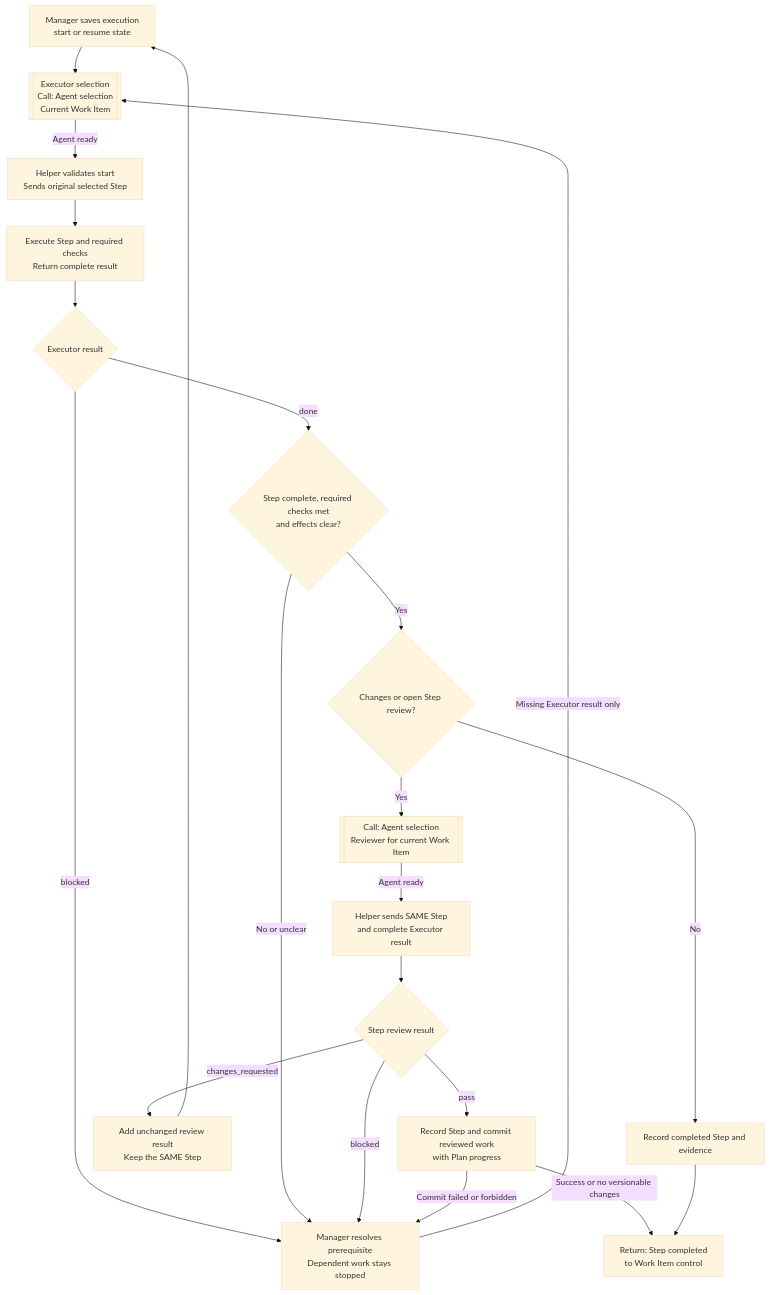
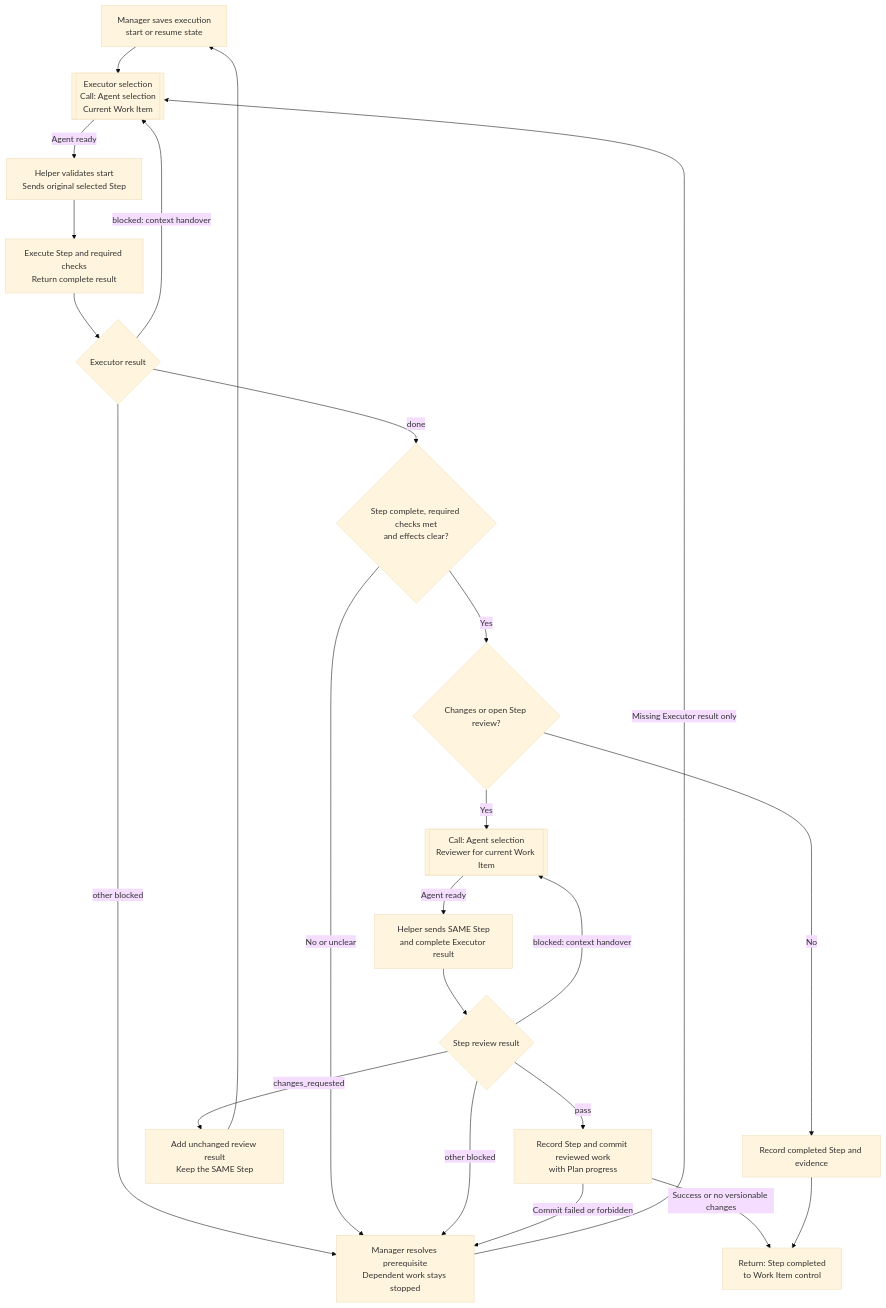
One commit to benjaminstelzer/scoville-suite-for-codex changed the second of 4 diagrams in README.md. Above: the diagram before and after it, drawn with Mermaid (base theme). The commit also changed other lines of this file and 23 other files, not shown here.

````diff
--- a/README.md
+++ b/README.md
@@ -77,23 +79,25 @@
 ```mermaid
 flowchart TD
     ST["Manager saves execution<br/>start or resume state"] --> E[["Executor selection<br/>Call: Agent selection<br/>Current Work Item"]]
     E -->|Agent ready| H["Helper validates start<br/>Sends original selected Step"]
     H --> W["Execute Step and required checks<br/>Return complete result"]
     W --> WR{"Executor result"}
-    WR -->|blocked| BP["Manager resolves prerequisite<br/>Dependent work stays stopped"]
+    WR -->|blocked: context handover| E
+    WR -->|other blocked| BP["Manager resolves prerequisite<br/>Dependent work stays stopped"]
     BP -->|Missing Executor result only| E
     WR -->|done| MC{"Step complete, required checks met<br/>and effects clear?"}
     MC -->|No or unclear| BP
     MC -->|Yes| CR{"Changes or open Step review?"}
     CR -->|No| SA["Record completed Step and evidence"]
     CR -->|Yes| R[["Call: Agent selection<br/>Reviewer for current Work Item"]]
     R -->|Agent ready| V["Helper sends SAME Step<br/>and complete Executor result"]
     V --> A{"Step review result"}
-    A -->|blocked| BP
+    A -->|blocked: context handover| R
+    A -->|other blocked| BP
     A -->|changes_requested| F["Add unchanged review result<br/>Keep the SAME Step"]
     F --> ST
     A -->|pass| CS["Record Step and commit reviewed work<br/>with Plan progress"]
     CS -->|Success or no versionable changes| DONE["Return: Step completed<br/>to Work Item control"]
     CS -->|Commit failed or forbidden| BP
     SA --> DONE
 ```
````
